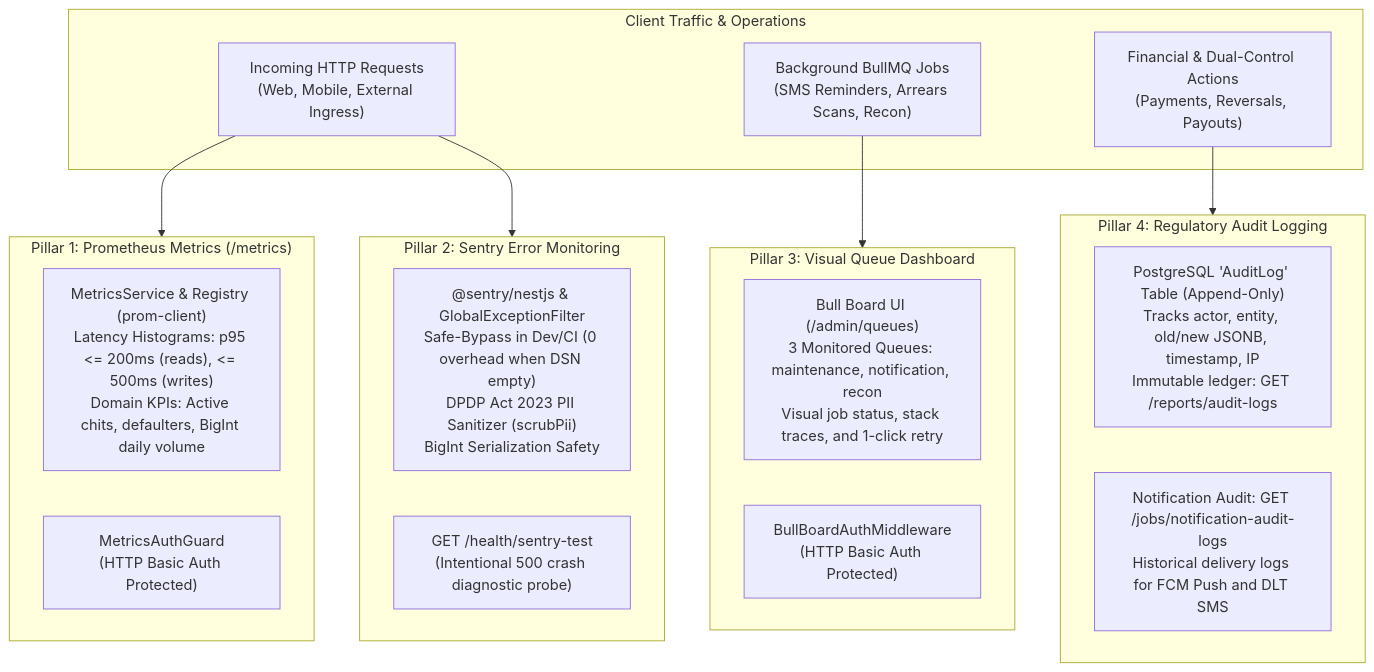
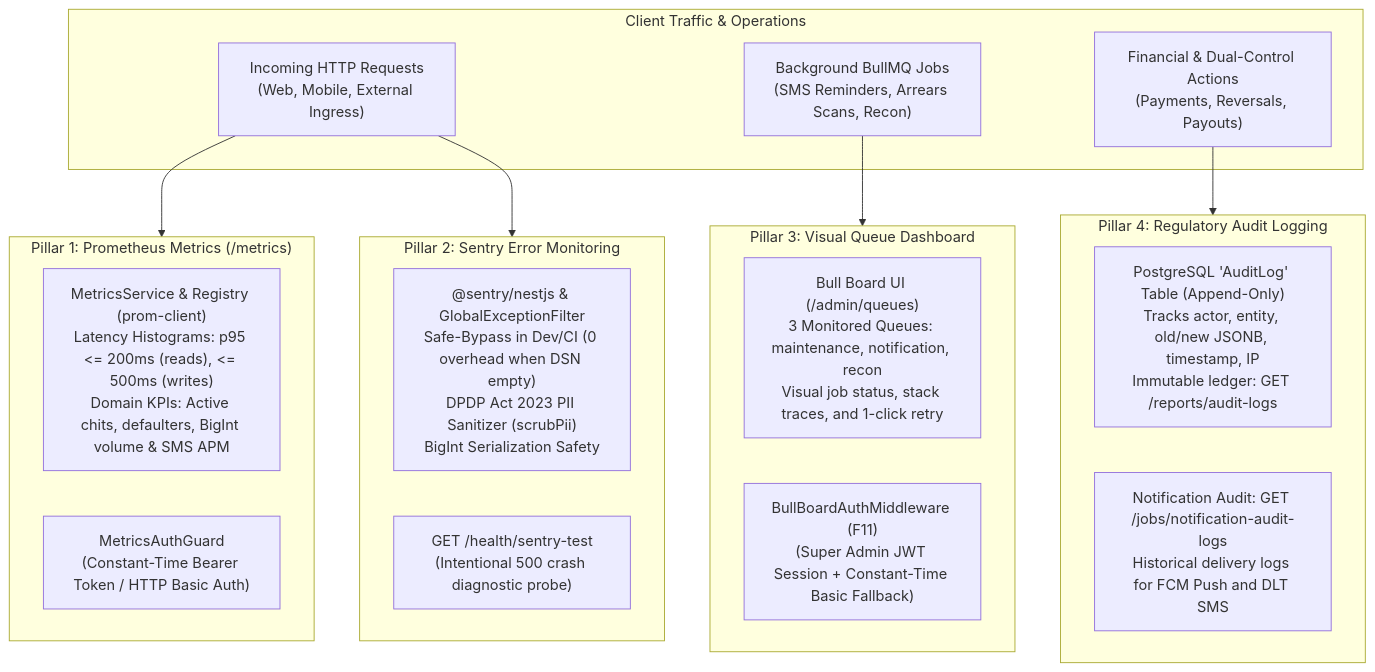
One commit to Kathir-24/Kumaran-finance changed the first of 7 diagrams in docs/03-architecture/observability-and-monitoring-architecture.md. Above: the diagram before and after it, drawn with Mermaid. The commit also changed other lines of this file and 4 other files, not shown here.

````diff
--- a/docs/03-architecture/observability-and-monitoring-architecture.md
+++ b/docs/03-architecture/observability-and-monitoring-architecture.md
@@ -17,33 +17,33 @@
 ```mermaid
 flowchart TD
     subgraph INGRESS["Client Traffic & Operations"]
         HTTP["Incoming HTTP Requests\n(Web, Mobile, External Ingress)"]
         JOBS["Background BullMQ Jobs\n(SMS Reminders, Arrears Scans, Recon)"]
         MUT["Financial & Dual-Control Actions\n(Payments, Reversals, Payouts)"]
     end
 
     subgraph P1["Pillar 1: Prometheus Metrics (/metrics)"]
-        PM["MetricsService & Registry (prom-client)\nLatency Histograms: p95 <= 200ms (reads), <= 500ms (writes)\nDomain KPIs: Active chits, defaulters, BigInt daily volume"]
-        AUTH1["MetricsAuthGuard\n(HTTP Basic Auth Protected)"]
+        PM["MetricsService & Registry (prom-client)\nLatency Histograms: p95 <= 200ms (reads), <= 500ms (writes)\nDomain KPIs: Active chits, defaulters, BigInt volume & SMS APM"]
+        AUTH1["MetricsAuthGuard\n(Constant-Time Bearer Token / HTTP Basic Auth)"]
     end
 
     subgraph P2["Pillar 2: Sentry Error Monitoring"]
         SN["@sentry/nestjs & GlobalExceptionFilter\nSafe-Bypass in Dev/CI (0 overhead when DSN empty)\nDPDP Act 2023 PII Sanitizer (scrubPii)\nBigInt Serialization Safety"]
         TEST["GET /health/sentry-test\n(Intentional 500 crash diagnostic probe)"]
     end
 
     subgraph P3["Pillar 3: Visual Queue Dashboard"]
         BB["Bull Board UI (/admin/queues)\n3 Monitored Queues: maintenance, notification, recon\nVisual job status, stack traces, and 1-click retry"]
-        AUTH2["BullBoardAuthMiddleware\n(HTTP Basic Auth Protected)"]
+        AUTH2["BullBoardAuthMiddleware (F11)\n(Super Admin JWT Session + Constant-Time Basic Fallback)"]
     end
 
     subgraph P4["Pillar 4: Regulatory Audit Logging"]
         AL["PostgreSQL 'AuditLog' Table (Append-Only)\nTracks actor, entity, old/new JSONB, timestamp, IP\nImmutable ledger: GET /reports/audit-logs"]
         NL["Notification Audit: GET /jobs/notification-audit-logs\nHistorical delivery logs for FCM Push and DLT SMS"]
     end
 
     HTTP --> P1
     HTTP --> P2
     JOBS --> P3
     MUT --> P4
 ```
````
